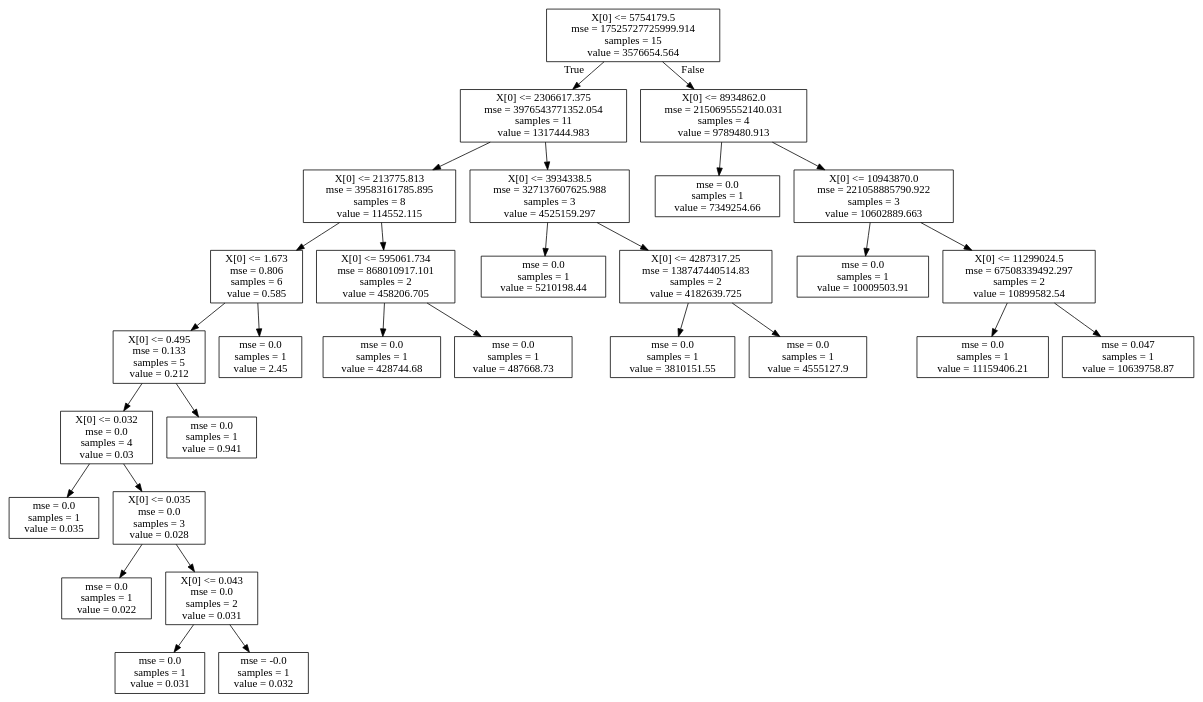
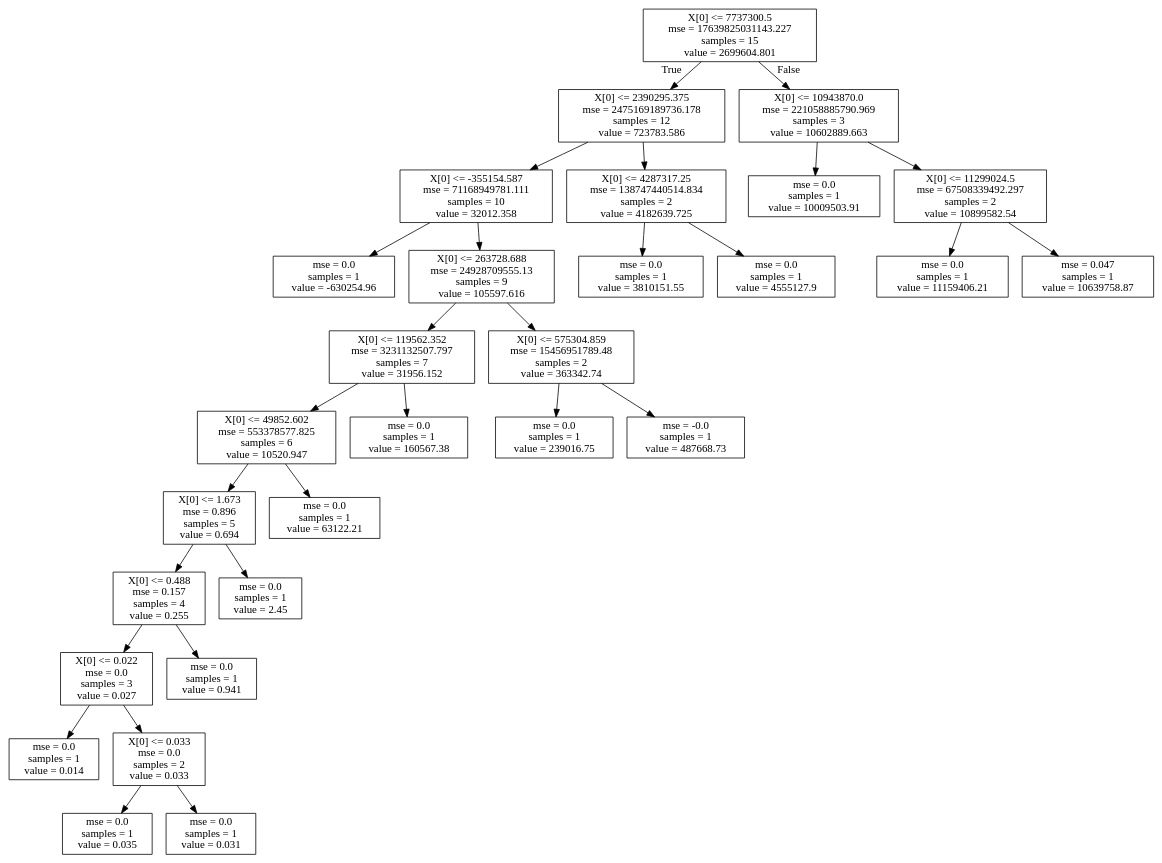
Before and after one commit to Dimitrios-Mourtzilas/Business-Strategy: the diagram in dot_tree.dot, drawn with Graphviz. The commit also changed 9 other files, not shown here.

```diff
--- a/dot_tree.dot
+++ b/dot_tree.dot
@@ -1,60 +1,60 @@
 digraph Tree {
 node [shape=box] ;
-0 [label="X[0] <= 5754179.5\nmse = 17525727725999.914\nsamples = 15\nvalue = 3576654.564"] ;
-1 [label="X[0] <= 2306617.375\nmse = 3976543771352.054\nsamples = 11\nvalue = 1317444.983"] ;
+0 [label="X[0] <= 7737300.5\nmse = 17639825031143.227\nsamples = 15\nvalue = 2699604.801"] ;
+1 [label="X[0] <= 2390295.375\nmse = 2475169189736.178\nsamples = 12\nvalue = 723783.586"] ;
 0 -> 1 [labeldistance=2.5, labelangle=45, headlabel="True"] ;
-2 [label="X[0] <= 213775.813\nmse = 39583161785.895\nsamples = 8\nvalue = 114552.115"] ;
+2 [label="X[0] <= -355154.587\nmse = 71168949781.111\nsamples = 10\nvalue = 32012.358"] ;
 1 -> 2 ;
-3 [label="X[0] <= 1.673\nmse = 0.806\nsamples = 6\nvalue = 0.585"] ;
+3 [label="mse = 0.0\nsamples = 1\nvalue = -630254.96"] ;
 2 -> 3 ;
-4 [label="X[0] <= 0.495\nmse = 0.133\nsamples = 5\nvalue = 0.212"] ;
-3 -> 4 ;
-5 [label="X[0] <= 0.032\nmse = 0.0\nsamples = 4\nvalue = 0.03"] ;
+4 [label="X[0] <= 263728.688\nmse = 24928709555.13\nsamples = 9\nvalue = 105597.616"] ;
+2 -> 4 ;
+5 [label="X[0] <= 119562.352\nmse = 3231132507.797\nsamples = 7\nvalue = 31956.152"] ;
 4 -> 5 ;
-6 [label="mse = 0.0\nsamples = 1\nvalue = 0.035"] ;
+6 [label="X[0] <= 49852.602\nmse = 553378577.825\nsamples = 6\nvalue = 10520.947"] ;
 5 -> 6 ;
-7 [label="X[0] <= 0.035\nmse = 0.0\nsamples = 3\nvalue = 0.028"] ;
-5 -> 7 ;
-8 [label="mse = 0.0\nsamples = 1\nvalue = 0.022"] ;
+7 [label="X[0] <= 1.673\nmse = 0.896\nsamples = 5\nvalue = 0.694"] ;
+6 -> 7 ;
+8 [label="X[0] <= 0.488\nmse = 0.157\nsamples = 4\nvalue = 0.255"] ;
 7 -> 8 ;
-9 [label="X[0] <= 0.043\nmse = 0.0\nsamples = 2\nvalue = 0.031"] ;
-7 -> 9 ;
-10 [label="mse = 0.0\nsamples = 1\nvalue = 0.031"] ;
+9 [label="X[0] <= 0.022\nmse = 0.0\nsamples = 3\nvalue = 0.027"] ;
+8 -> 9 ;
+10 [label="mse = 0.0\nsamples = 1\nvalue = 0.014"] ;
 9 -> 10 ;
-11 [label="mse = -0.0\nsamples = 1\nvalue = 0.032"] ;
+11 [label="X[0] <= 0.033\nmse = 0.0\nsamples = 2\nvalue = 0.033"] ;
 9 -> 11 ;
-12 [label="mse = 0.0\nsamples = 1\nvalue = 0.941"] ;
-4 -> 12 ;
-13 [label="mse = 0.0\nsamples = 1\nvalue = 2.45"] ;
-3 -> 13 ;
-14 [label="X[0] <= 595061.734\nmse = 868010917.101\nsamples = 2\nvalue = 458206.705"] ;
-2 -> 14 ;
-15 [label="mse = 0.0\nsamples = 1\nvalue = 428744.68"] ;
-14 -> 15 ;
-16 [label="mse = 0.0\nsamples = 1\nvalue = 487668.73"] ;
-14 -> 16 ;
-17 [label="X[0] <= 3934338.5\nmse = 327137607625.988\nsamples = 3\nvalue = 4525159.297"] ;
-1 -> 17 ;
-18 [label="mse = 0.0\nsamples = 1\nvalue = 5210198.44"] ;
-17 -> 18 ;
-19 [label="X[0] <= 4287317.25\nmse = 138747440514.83\nsamples = 2\nvalue = 4182639.725"] ;
-17 -> 19 ;
-20 [label="mse = 0.0\nsamples = 1\nvalue = 3810151.55"] ;
-19 -> 20 ;
-21 [label="mse = 0.0\nsamples = 1\nvalue = 4555127.9"] ;
-19 -> 21 ;
-22 [label="X[0] <= 8934862.0\nmse = 2150695552140.031\nsamples = 4\nvalue = 9789480.913"] ;
-0 -> 22 [labeldistance=2.5, labelangle=-45, headlabel="False"] ;
-23 [label="mse = 0.0\nsamples = 1\nvalue = 7349254.66"] ;
-22 -> 23 ;
-24 [label="X[0] <= 10943870.0\nmse = 221058885790.922\nsamples = 3\nvalue = 10602889.663"] ;
-22 -> 24 ;
+12 [label="mse = 0.0\nsamples = 1\nvalue = 0.035"] ;
+11 -> 12 ;
+13 [label="mse = 0.0\nsamples = 1\nvalue = 0.031"] ;
+11 -> 13 ;
+14 [label="mse = 0.0\nsamples = 1\nvalue = 0.941"] ;
+8 -> 14 ;
+15 [label="mse = 0.0\nsamples = 1\nvalue = 2.45"] ;
+7 -> 15 ;
+16 [label="mse = 0.0\nsamples = 1\nvalue = 63122.21"] ;
+6 -> 16 ;
+17 [label="mse = 0.0\nsamples = 1\nvalue = 160567.38"] ;
+5 -> 17 ;
+18 [label="X[0] <= 575304.859\nmse = 15456951789.48\nsamples = 2\nvalue = 363342.74"] ;
+4 -> 18 ;
+19 [label="mse = 0.0\nsamples = 1\nvalue = 239016.75"] ;
+18 -> 19 ;
+20 [label="mse = -0.0\nsamples = 1\nvalue = 487668.73"] ;
+18 -> 20 ;
+21 [label="X[0] <= 4287317.25\nmse = 138747440514.834\nsamples = 2\nvalue = 4182639.725"] ;
+1 -> 21 ;
+22 [label="mse = 0.0\nsamples = 1\nvalue = 3810151.55"] ;
+21 -> 22 ;
+23 [label="mse = 0.0\nsamples = 1\nvalue = 4555127.9"] ;
+21 -> 23 ;
+24 [label="X[0] <= 10943870.0\nmse = 221058885790.969\nsamples = 3\nvalue = 10602889.663"] ;
+0 -> 24 [labeldistance=2.5, labelangle=-45, headlabel="False"] ;
 25 [label="mse = 0.0\nsamples = 1\nvalue = 10009503.91"] ;
 24 -> 25 ;
 26 [label="X[0] <= 11299024.5\nmse = 67508339492.297\nsamples = 2\nvalue = 10899582.54"] ;
 24 -> 26 ;
 27 [label="mse = 0.0\nsamples = 1\nvalue = 11159406.21"] ;
 26 -> 27 ;
 28 [label="mse = 0.047\nsamples = 1\nvalue = 10639758.87"] ;
 26 -> 28 ;
 }
```
